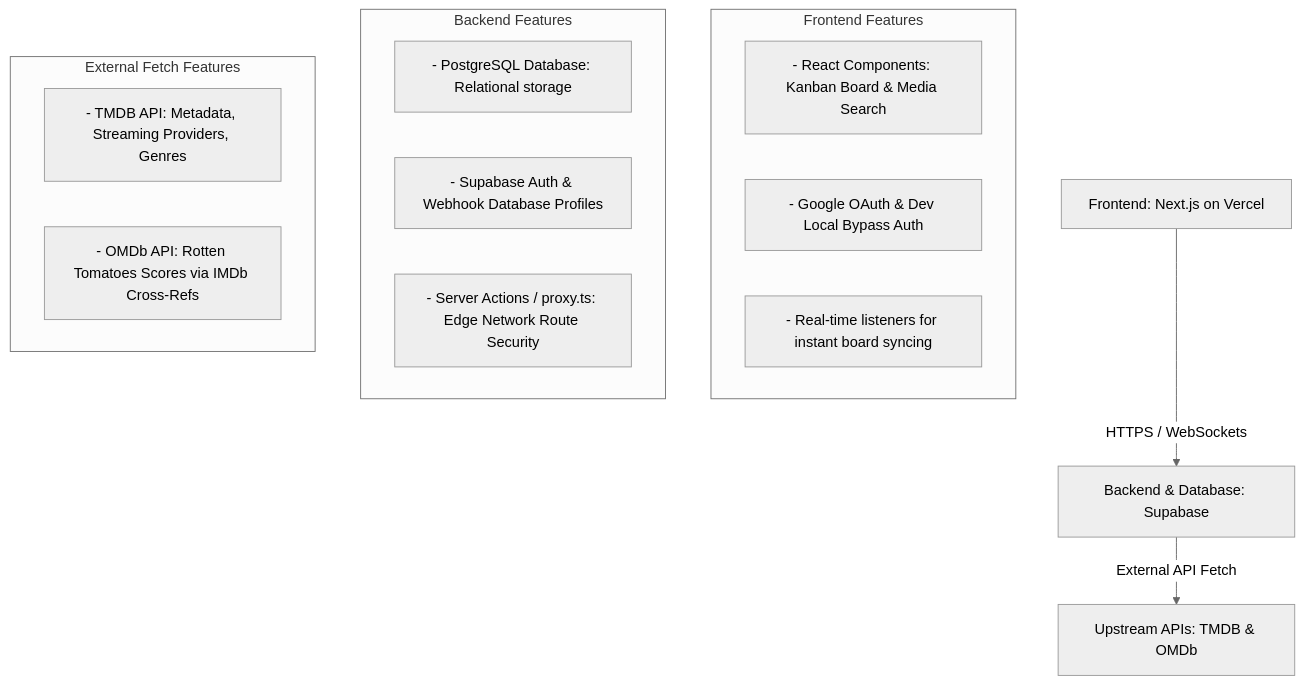
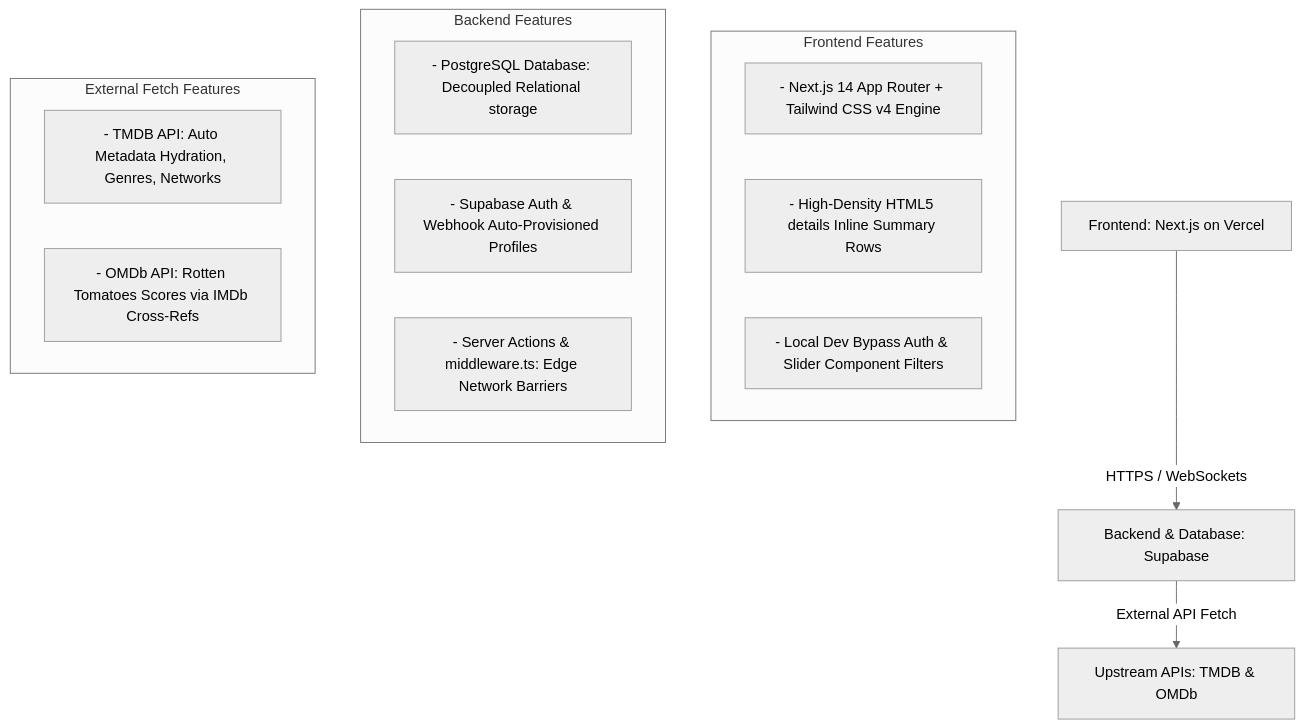
One commit to divisiblebyzero-uk/dbz-tvt changed the diagram in GEMINI.md. Above: the diagram before and after it, drawn with Mermaid (neutral theme). The commit also changed other lines of this file and 3 other files, not shown here.

````diff
--- a/GEMINI.md
+++ b/GEMINI.md
@@ -9,22 +9,22 @@
 ```mermaid
 graph TD
     A[Frontend: Next.js on Vercel] -->|HTTPS / WebSockets| B[Backend & Database: Supabase]
     B -->|External API Fetch| C[Upstream APIs: TMDB & OMDb]
 
     subgraph Frontend Features
-    A1[- React Components: Kanban Board & Media Search]
-    A2[- Google OAuth & Dev Local Bypass Auth]
-    A3[- Real-time listeners for instant board syncing]
+    A1[- Next.js 14 App Router + Tailwind CSS v4 Engine]
+    A2[- High-Density HTML5 details Inline Summary Rows]
+    A3[- Local Dev Bypass Auth & Slider Component Filters]
     end
 
     subgraph Backend Features
-    B1[- PostgreSQL Database: Relational storage]
-    B2[- Supabase Auth & Webhook Database Profiles]
-    B3[- Server Actions / proxy.ts: Edge Network Route Security]
+    B1[- PostgreSQL Database: Decoupled Relational storage]
+    B2[- Supabase Auth & Webhook Auto-Provisioned Profiles]
+    B3[- Server Actions & middleware.ts: Edge Network Barriers]
     end
 
     subgraph External Fetch Features
-    C1[- TMDB API: Metadata, Streaming Providers, Genres]
+    C1[- TMDB API: Auto Metadata Hydration, Genres, Networks]
     C2[- OMDb API: Rotten Tomatoes Scores via IMDb Cross-Refs]
     end
 ```
````
